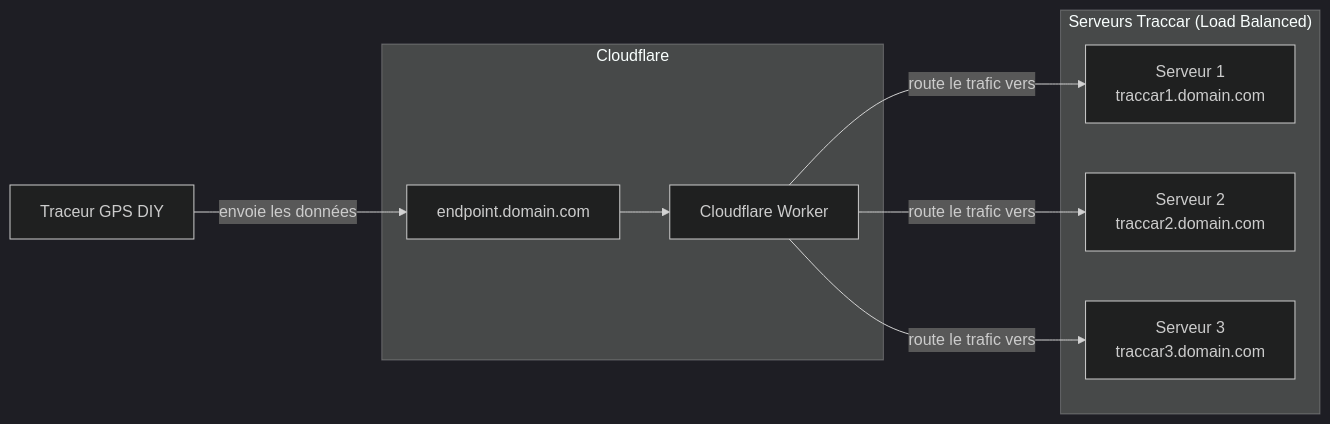
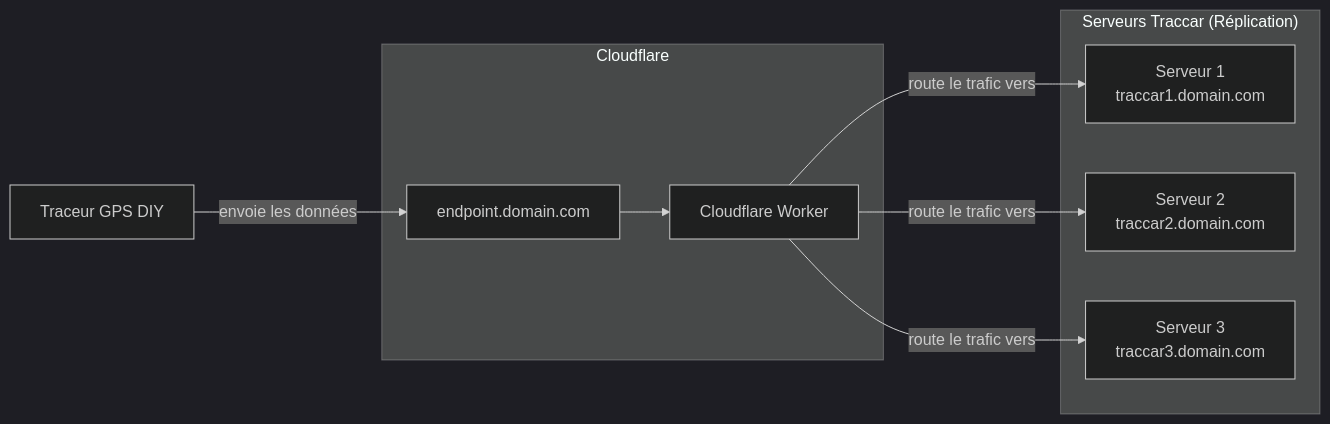
The diagram in docs/index.md (fpoisson2/trackteur), drawn with Mermaid (dark theme) before and after one commit. The commit also changed other lines of this file and 17 other files, not shown here.

````diff
--- a/docs/index.md
+++ b/docs/index.md
@@ -9,21 +9,21 @@
 ```mermaid
 graph LR
     A[Traceur GPS DIY] --envoie les données--> B[endpoint.domain.com]
     
     subgraph Cloudflare
         B
         C[Cloudflare Worker]
     end
     
     B --> C
     
-    subgraph "Serveurs Traccar (Load Balanced)"
+    subgraph "Serveurs Traccar (Réplication)"
         D[Serveur 1 <br> traccar1.domain.com]
         E[Serveur 2 <br> traccar2.domain.com]
         F[Serveur 3 <br> traccar3.domain.com]
     end
 
     C --route le trafic vers--> D
     C --route le trafic vers--> E
     C --route le trafic vers--> F
 ```
````
